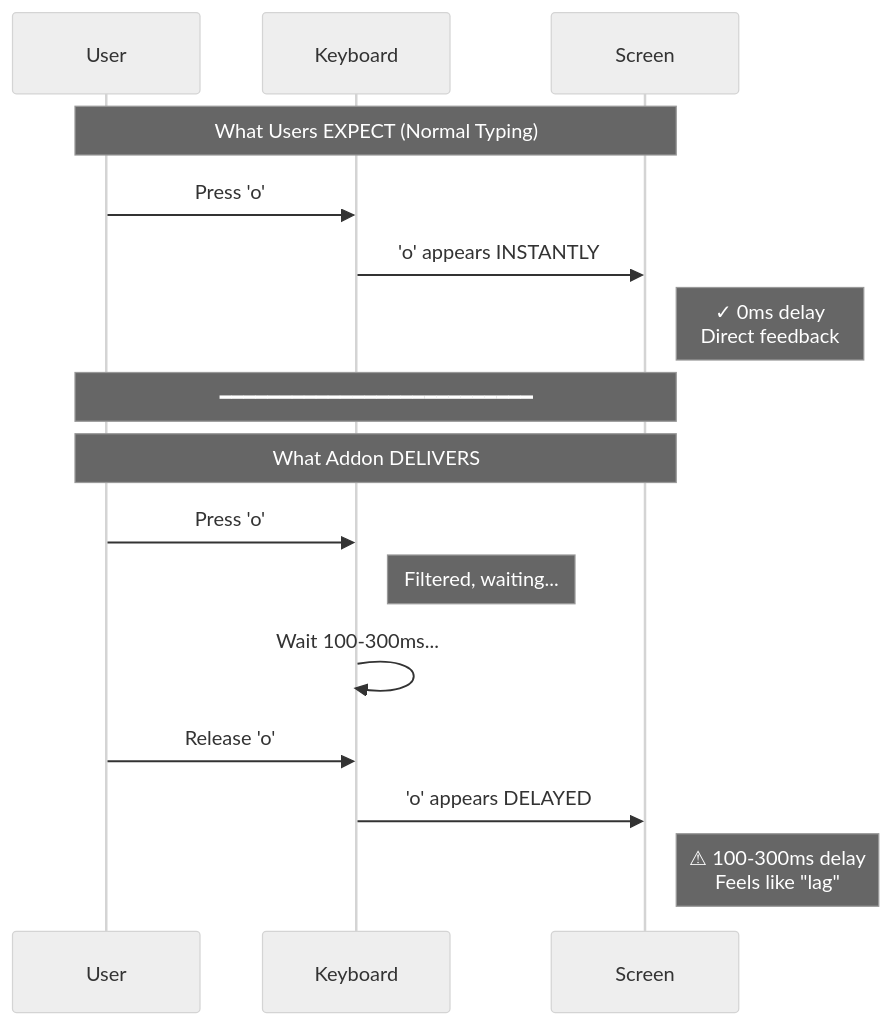
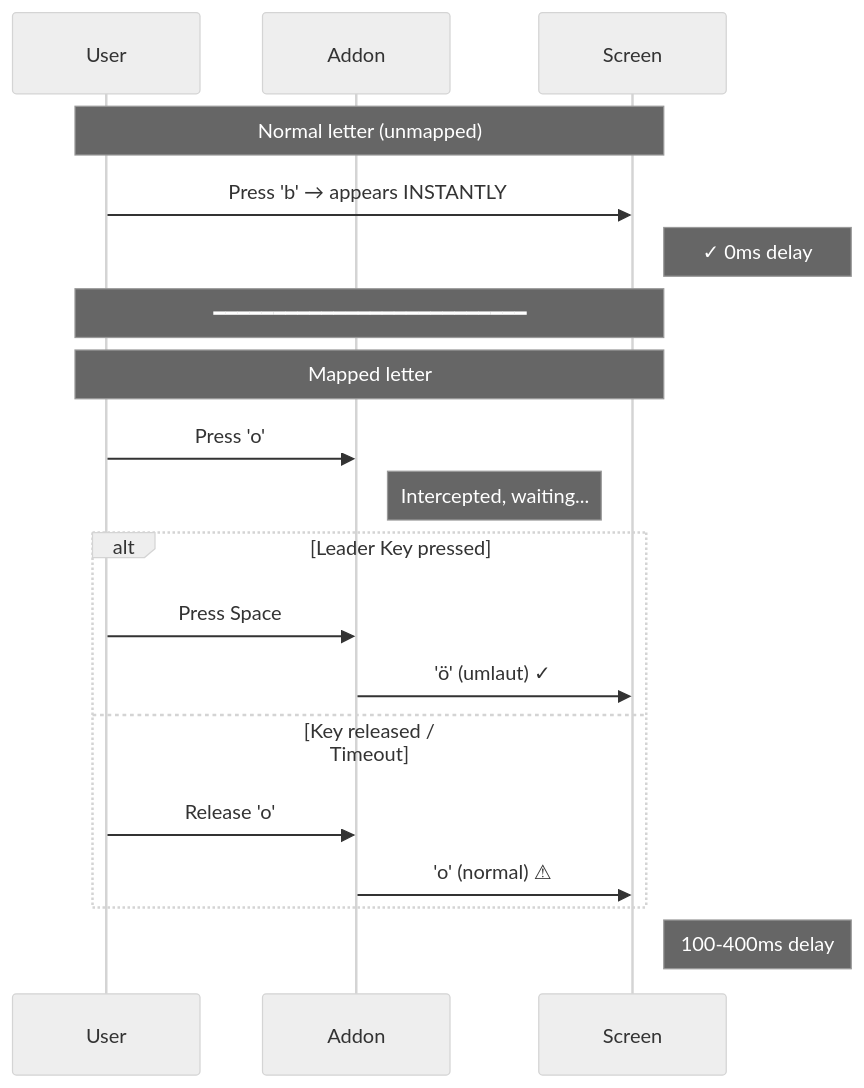
One commit to Maik-0000FF/schnelle-umlaute changed the fourth of 5 diagrams in README.md. Above: the diagram before and after it, drawn with Mermaid (neutral theme). The commit also changed other lines of this file, not shown here.

First line of the commit message:
docs: Fix slot count, reduce redundancy, improve diagrams, add preedit tip

````diff
--- a/README.md
+++ b/README.md
@@ -114,21 +93,24 @@
 ```mermaid
 sequenceDiagram
     participant User
-    participant Keyboard
+    participant Addon
     participant Screen
 
-    Note over User,Screen: What Users EXPECT (Normal Typing)
-    User->>Keyboard: Press 'o'
-    Keyboard->>Screen: 'o' appears INSTANTLY
-    Note right of Screen: ✓ 0ms delay<br/>Direct feedback
+    Note over User,Screen: Normal letter (unmapped)
+    User->>Screen: Press 'b' → appears INSTANTLY
+    Note right of Screen: ✓ 0ms delay
 
     Note over User,Screen: ━━━━━━━━━━━━━━━━━━━━━━━━━━
 
-    Note over User,Screen: What Addon DELIVERS
-    User->>Keyboard: Press 'o'
-    Note right of Keyboard: Filtered, waiting...
-    Keyboard->>Keyboard: Wait 100-300ms...
-    User->>Keyboard: Release 'o'
-    Keyboard->>Screen: 'o' appears DELAYED
-    Note right of Screen: ⚠ 100-300ms delay<br/>Feels like "lag"
+    Note over User,Screen: Mapped letter
+    User->>Addon: Press 'o'
+    Note right of Addon: Intercepted, waiting...
+    alt Leader Key pressed
+        User->>Addon: Press Space
+        Addon->>Screen: 'ö' (umlaut) ✓
+    else Key released / Timeout
+        User->>Addon: Release 'o'
+        Addon->>Screen: 'o' (normal) ⚠
+    end
+    Note right of Screen: 100-400ms delay
 ```
````
